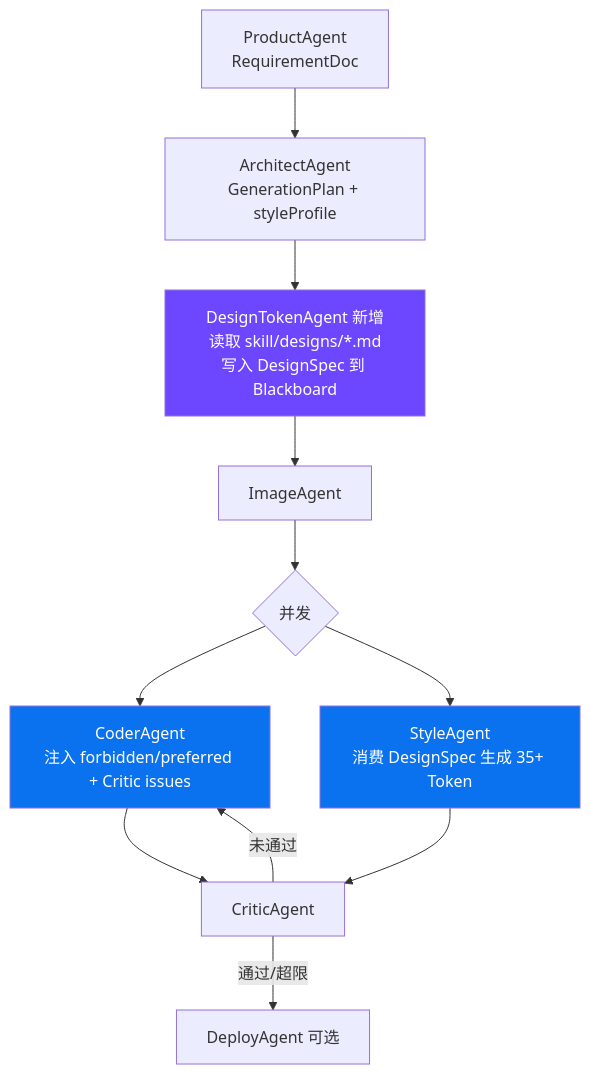
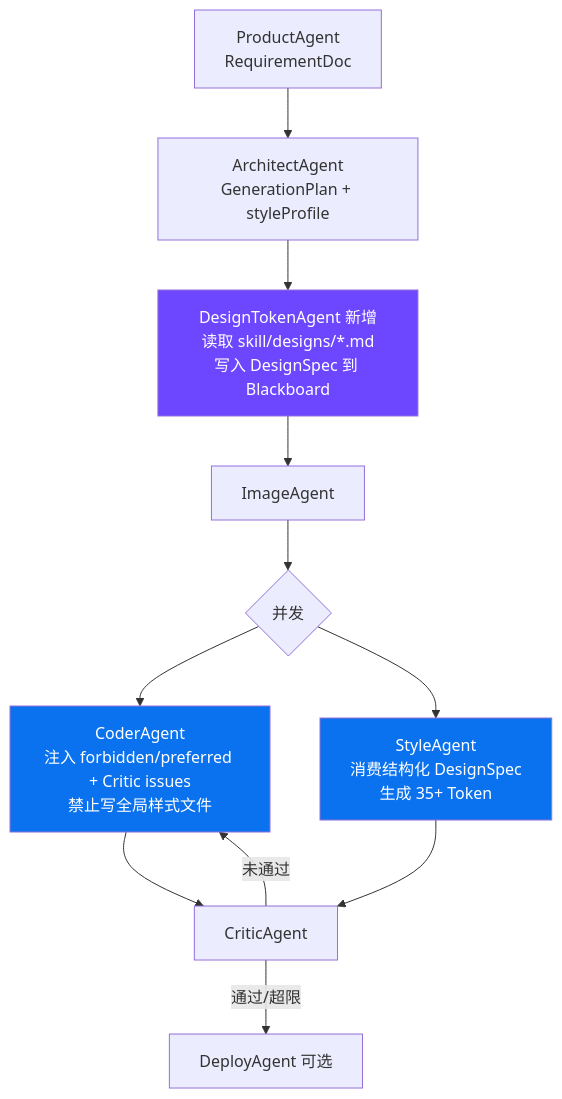
Before and after one commit to wind-ctrl-v/yu-CreatAi: the second of 4 diagrams in docs/design-token-refactor-plan.md, drawn with Mermaid. The commit also changed other lines of this file, not shown here.

Commit message:
docs: 设计改造计划升级 v2.4，Critic issue 分类改用结构化字段精确路由

````diff
--- a/docs/design-token-refactor-plan.md
+++ b/docs/design-token-refactor-plan.md
@@ -40,16 +245,16 @@
 ```mermaid
 flowchart TD
     A[ProductAgent<br/>RequirementDoc] --> B[ArchitectAgent<br/>GenerationPlan + styleProfile]
     B --> C[DesignTokenAgent 新增<br/>读取 skill/designs/*.md<br/>写入 DesignSpec 到 Blackboard]
     C --> D[ImageAgent]
     D --> E{并发}
-    E --> F[CoderAgent<br/>注入 forbidden/preferred + Critic issues]
-    E --> G[StyleAgent<br/>消费 DesignSpec 生成 35+ Token]
+    E --> F[CoderAgent<br/>注入 forbidden/preferred + Critic issues<br/>禁止写全局样式文件]
+    E --> G[StyleAgent<br/>消费结构化 DesignSpec<br/>生成 35+ Token]
     F --> H[CriticAgent]
     G --> H
     H -->|未通过| F
     H -->|通过/超限| I[DeployAgent 可选]
     style C fill:#6c47ff,color:#fff
     style F fill:#0a72ef,color:#fff
     style G fill:#0a72ef,color:#fff
 ```
````
